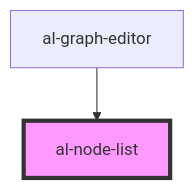
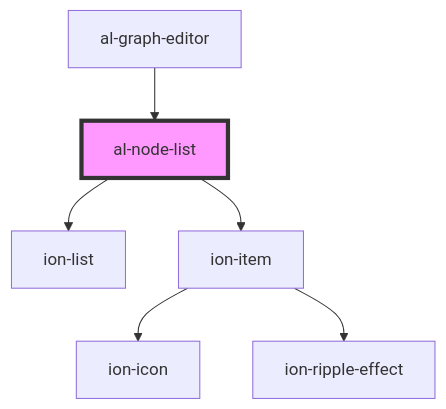
The diagram in src/components/al-node-list/readme.md (aleph-viewer/aleph), drawn with Mermaid before and after one commit. The commit also changed other lines of this file and 11 other files, not shown here.

````diff
--- a/src/components/al-node-list/readme.md
+++ b/src/components/al-node-list/readme.md
@@ -30,5 +35,9 @@
 ```mermaid
 graph TD;
+  al-node-list --> ion-list
+  al-node-list --> ion-item
+  ion-item --> ion-icon
+  ion-item --> ion-ripple-effect
   al-graph-editor --> al-node-list
   style al-node-list fill:#f9f,stroke:#333,stroke-width:4px
 ```
````
